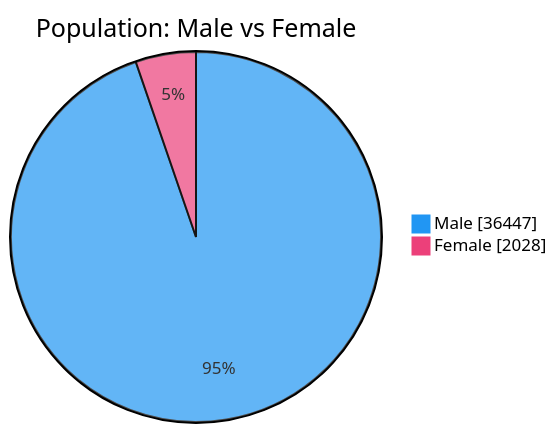
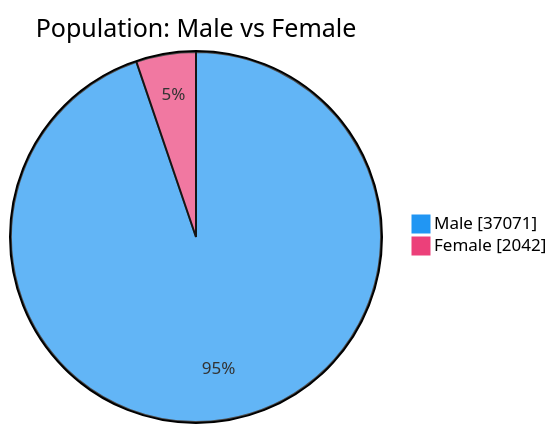
Before and after one commit to nuuuwan/lk_prisons: the second of 7 diagrams in README.md, drawn with Mermaid. The commit also changed other lines of this file and 1 other file, not shown here.

````diff
--- a/README.md
+++ b/README.md
@@ -54,6 +54,6 @@
 ```mermaid
 %%{init: {'themeVariables': {'pie1': '#2196F3', 'pie2': '#EC407A'}}}%%
 pie showData title Population: Male vs Female
-    "Male" : 36447
-    "Female" : 2028
+    "Male" : 37071
+    "Female" : 2042
 ```
````
